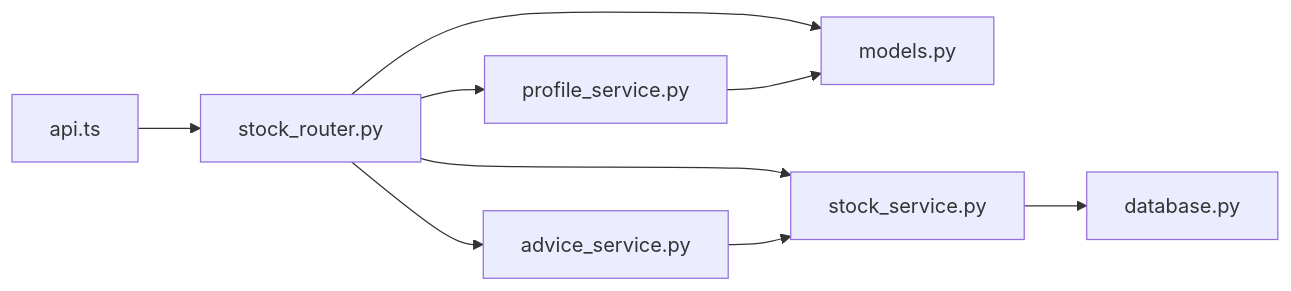
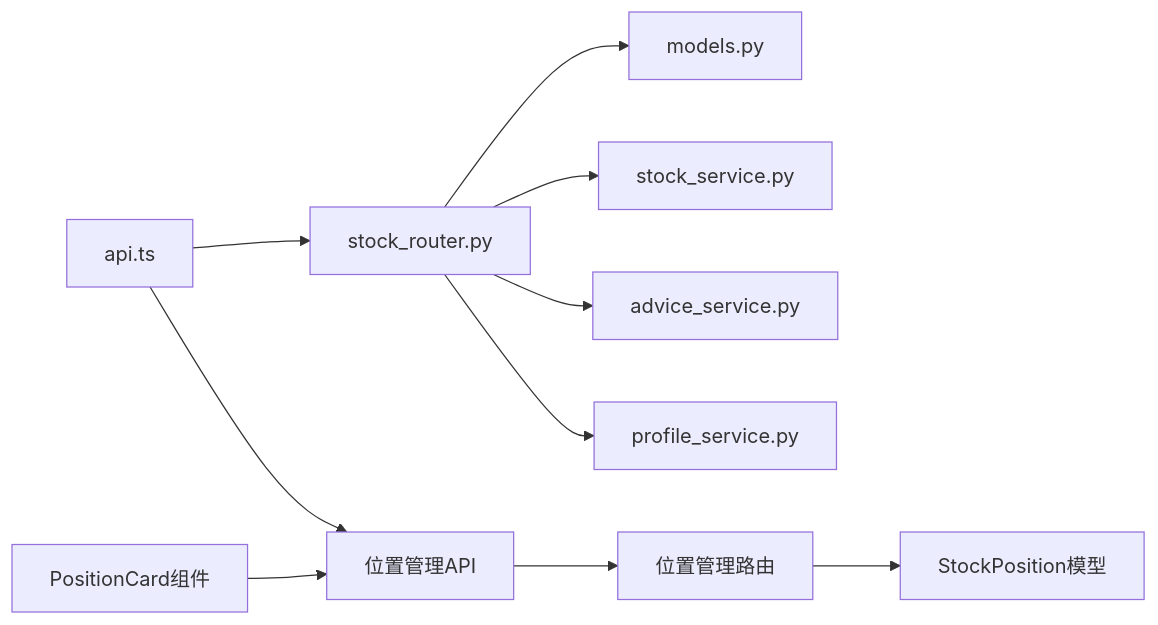
Before and after one commit to Moruime/stock_foker: the ninth of 9 diagrams in .qoder/repowiki/zh/content/核心功能/股票关注管理.md, drawn with Mermaid. The commit also changed other lines of this file and 52 other files, not shown here.

````diff
--- a/.qoder/repowiki/zh/content/核心功能/股票关注管理.md
+++ b/.qoder/repowiki/zh/content/核心功能/股票关注管理.md
@@ -378,11 +426,12 @@
 ```mermaid
 graph LR
 Router["stock_router.py"] --> Models["models.py"]
 Router --> Svc["stock_service.py"]
 Router --> Adv["advice_service.py"]
 Router --> Prof["profile_service.py"]
-Svc --> DB["database.py"]
-Adv --> Svc
-Prof --> Models
+PosRouter["位置管理路由"] --> PosModel["StockPosition模型"]
+PosComp["PositionCard组件"] --> PosAPI["位置管理API"]
+PosAPI --> PosRouter
 FE["api.ts"] --> Router
+FE --> PosAPI
 ```
````
